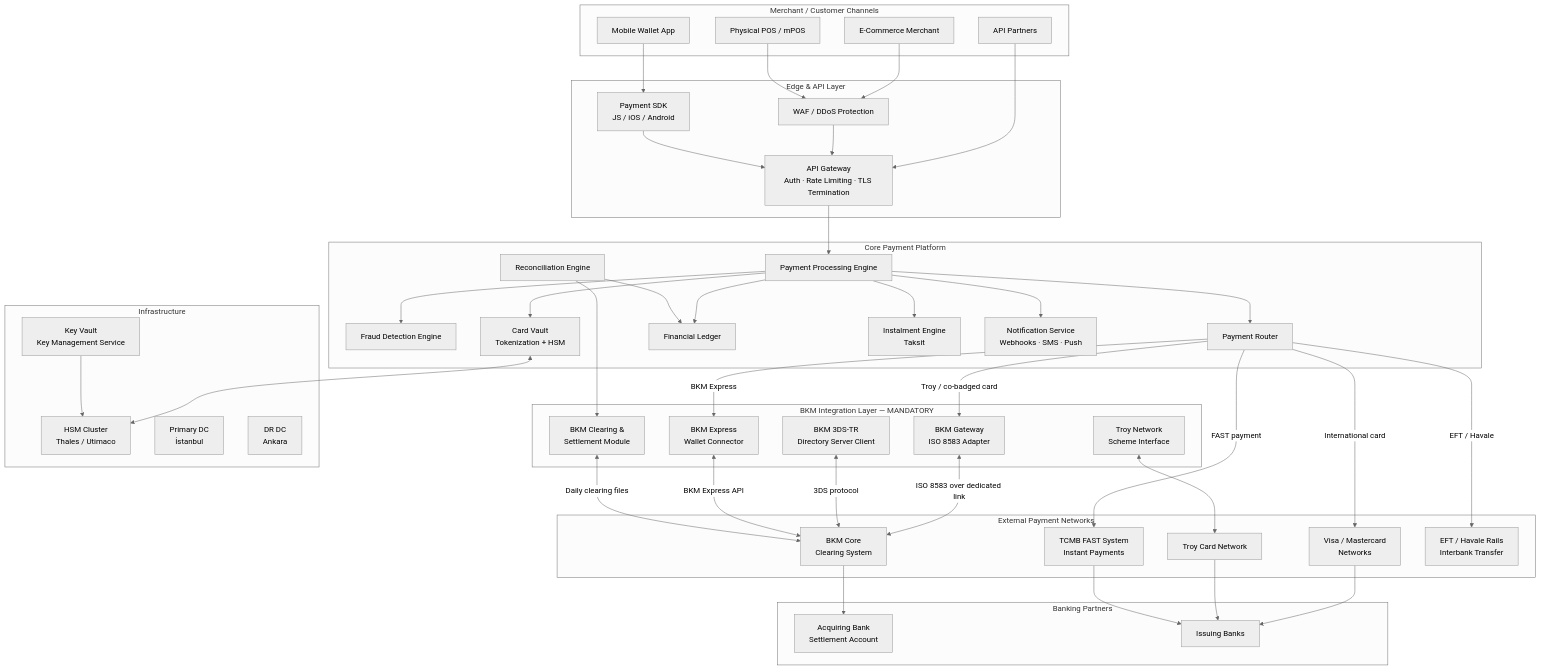
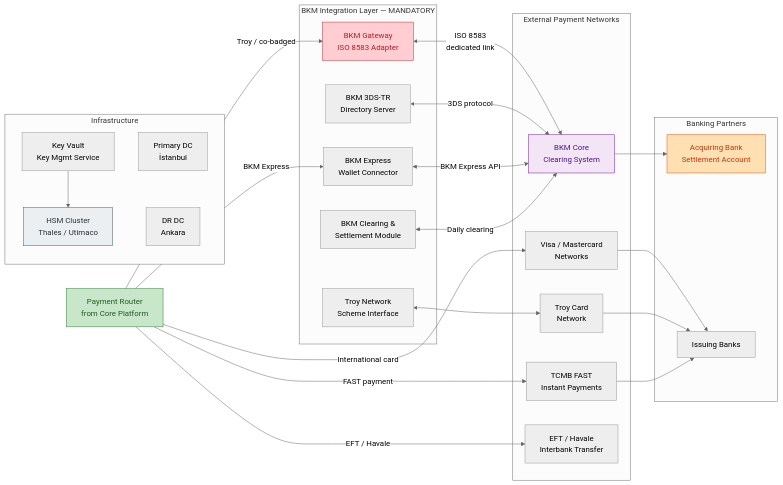
The third of 35 diagrams in architecture-general/09-industry-specialized-architectures/9.1.1-financial-services-architecture/9.1.1.4-turkish-payment-system-architecture.md (gurkanindibay/azure_learning), drawn with Mermaid (neutral theme) before and after one commit. The commit also changed other lines of this file, not shown here.

Commit message:
Reevaluated stripe payment system  document

````diff
--- a/architecture-general/09-industry-specialized-architectures/9.1.1-financial-services-architecture/9.1.1.4-turkish-payment-system-architecture.md
+++ b/architecture-general/09-industry-specialized-architectures/9.1.1-financial-services-architecture/9.1.1.4-turkish-payment-system-architecture.md
@@ -118,82 +224,45 @@
 ```mermaid
-flowchart TB
-    subgraph "Merchant / Customer Channels"
-        ECOM[E-Commerce Merchant]
-        POS[Physical POS / mPOS]
-        MOBILE[Mobile Wallet App]
-        API_PARTNER[API Partners]
+flowchart LR
+    ROUTER[Payment Router<br/>from Core Platform]
+
+    subgraph BKM_LAYER["BKM Integration Layer — MANDATORY"]
+        BKM_GW[BKM Gateway<br/>ISO 8583 Adapter]
+        BKM_3DS[BKM 3DS-TR<br/>Directory Server]
+        BKM_EXP[BKM Express<br/>Wallet Connector]
+        BKM_CLR[BKM Clearing &<br/>Settlement Module]
+        TROY[Troy Network<br/>Scheme Interface]
     end
 
-    subgraph "Edge & API Layer"
-        WAF[WAF / DDoS Protection]
-        APIGW[API Gateway\nAuth · Rate Limiting · TLS Termination]
-        SDK[Payment SDK\nJS / iOS / Android]
+    subgraph EXTERNAL["External Payment Networks"]
+        BKM_CORE[BKM Core<br/>Clearing System]
+        TROY_NET[Troy Card<br/>Network]
+        VISA_MC[Visa / Mastercard<br/>Networks]
+        FAST_SYS[TCMB FAST<br/>Instant Payments]
+        HAVALE[EFT / Havale<br/>Interbank Transfer]
     end
 
-    subgraph "Core Payment Platform"
-        PPE[Payment Processing Engine]
-        FRAUD[Fraud Detection Engine]
-        VAULT[Card Vault\nTokenization + HSM]
-        ROUTER[Payment Router]
-        LEDGER[Financial Ledger]
-        INST[Instalment Engine\nTaksit]
-        NOTIF[Notification Service\nWebhooks · SMS · Push]
-        RECON[Reconciliation Engine]
-    end
-
-    subgraph "BKM Integration Layer — MANDATORY"
-        BKM_GW[BKM Gateway\nISO 8583 Adapter]
-        BKM_3DS[BKM 3DS-TR\nDirectory Server Client]
-        BKM_EXP[BKM Express\nWallet Connector]
-        BKM_CLR[BKM Clearing &\nSettlement Module]
-        TROY[Troy Network\nScheme Interface]
-    end
-
-    subgraph "External Payment Networks"
-        BKM_CORE[BKM Core\nClearing System]
-        TROY_NET[Troy Card Network]
-        VISA_MC[Visa / Mastercard\nNetworks]
-        FAST_SYS[TCMB FAST System\nInstant Payments]
-        HAVALE[EFT / Havale Rails\nInterbank Transfer]
-    end
-
-    subgraph "Banking Partners"
-        ACQ_BANK[Acquiring Bank\nSettlement Account]
+    subgraph BANKS["Banking Partners"]
+        ACQ_BANK[Acquiring Bank<br/>Settlement Account]
         ISSUER[Issuing Banks]
     end
 
-    subgraph "Infrastructure"
-        HSM_FARM[HSM Cluster\nThales / Utimaco]
-        DC1[Primary DC\nİstanbul]
-        DC2[DR DC\nAnkara]
-        KV[Key Vault\nKey Management Service]
+    subgraph INFRA["Infrastructure"]
+        HSM[HSM Cluster<br/>Thales / Utimaco]
+        DC1[Primary DC<br/>İstanbul]
+        DC2[DR DC<br/>Ankara]
+        KV[Key Vault<br/>Key Mgmt Service]
     end
 
-    ECOM --> WAF
-    POS --> WAF
-    MOBILE --> SDK
-    API_PARTNER --> APIGW
-    WAF --> APIGW
-    SDK --> APIGW
+    ROUTER -->|"Troy / co-badged"| BKM_GW
+    ROUTER -->|"International card"| VISA_MC
+    ROUTER -->|"BKM Express"| BKM_EXP
+    ROUTER -->|"FAST payment"| FAST_SYS
+    ROUTER -->|"EFT / Havale"| HAVALE
 
-    APIGW --> PPE
-    PPE --> FRAUD
-    PPE --> VAULT
-    PPE --> ROUTER
-    PPE --> INST
-    PPE --> LEDGER
-    PPE --> NOTIF
-
-    ROUTER -->|Troy / co-badged card| BKM_GW
-    ROUTER -->|International card| VISA_MC
-    ROUTER -->|BKM Express| BKM_EXP
-    ROUTER -->|FAST payment| FAST_SYS
-    ROUTER -->|EFT / Havale| HAVALE
-
-    BKM_GW <-->|ISO 8583 over dedicated link| BKM_CORE
-    BKM_3DS <-->|3DS protocol| BKM_CORE
-    BKM_EXP <-->|BKM Express API| BKM_CORE
-    BKM_CLR <-->|Daily clearing files| BKM_CORE
+    BKM_GW <-->|"ISO 8583<br/>dedicated link"| BKM_CORE
+    BKM_3DS <-->|"3DS protocol"| BKM_CORE
+    BKM_EXP <-->|"BKM Express API"| BKM_CORE
+    BKM_CLR <-->|"Daily clearing"| BKM_CORE
     TROY <--> TROY_NET
 
     BKM_CORE --> ACQ_BANK
@@ -201,8 +270,12 @@
     TROY_NET --> ISSUER
     FAST_SYS --> ISSUER
 
-    VAULT <--> HSM_FARM
-    KV --> HSM_FARM
-    RECON --> BKM_CLR
-    RECON --> LEDGER
+    KV --> HSM
+    DC1 ~~~ DC2
+
+    style BKM_GW fill:#ffcdd2,stroke:#c62828,color:#b71c1c
+    style BKM_CORE fill:#f3e5f5,stroke:#6a1b9a,color:#4a148c
+    style ROUTER fill:#c8e6c9,stroke:#2e7d32,color:#1b5e20
+    style ACQ_BANK fill:#ffe0b2,stroke:#e65100,color:#bf360c
+    style HSM fill:#eceff1,stroke:#455a64,color:#263238
 ```
````
